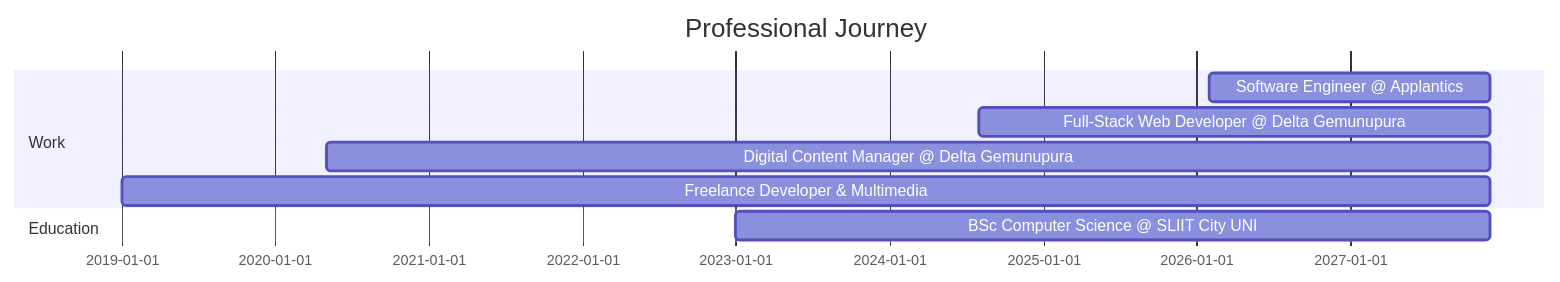
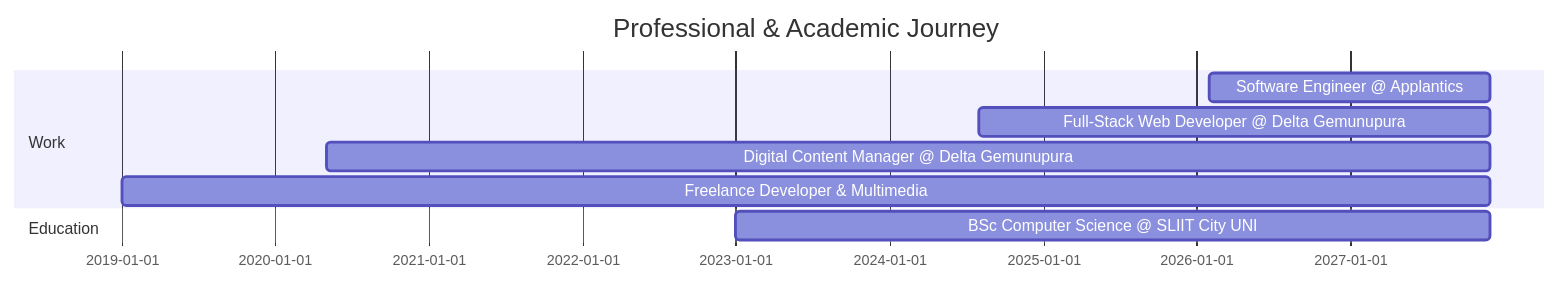
One commit to mahimapaseda/mahimapaseda changed the diagram in README.md. Above: the diagram before and after it, drawn with Mermaid. The commit also changed other lines of this file, not shown here.

````diff
--- a/README.md
+++ b/README.md
@@ -136,12 +136,12 @@
 ```mermaid
 gantt
-    title Professional Journey
+    title Professional & Academic Journey
     dateFormat YYYY-MM
     section Work
-    Software Engineer @ Applantics                    :2026-02, 2027-12
-    Full-Stack Web Developer @ Delta Gemunupura      :2024-08, 2027-12
-    Digital Content Manager @ Delta Gemunupura       :2020-05, 2027-12
-    Freelance Developer & Multimedia                 :2019-01, 2027-12
+    Software Engineer @ Applantics               :2026-02, 2027-12
+    Full-Stack Web Developer @ Delta Gemunupura  :2024-08, 2027-12
+    Digital Content Manager @ Delta Gemunupura   :2020-05, 2027-12
+    Freelance Developer & Multimedia             :2019-01, 2027-12
     section Education
-    BSc Computer Science @ SLIIT City UNI            :2023-01, 2027-12
+    BSc Computer Science @ SLIIT City UNI        :2023-01, 2027-12
 ```
````
